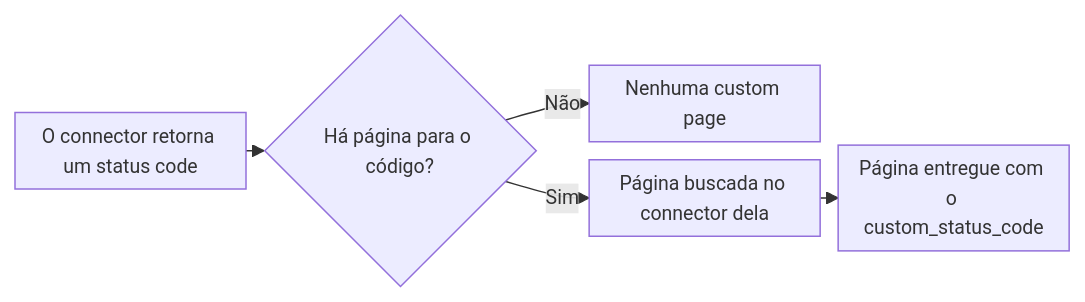
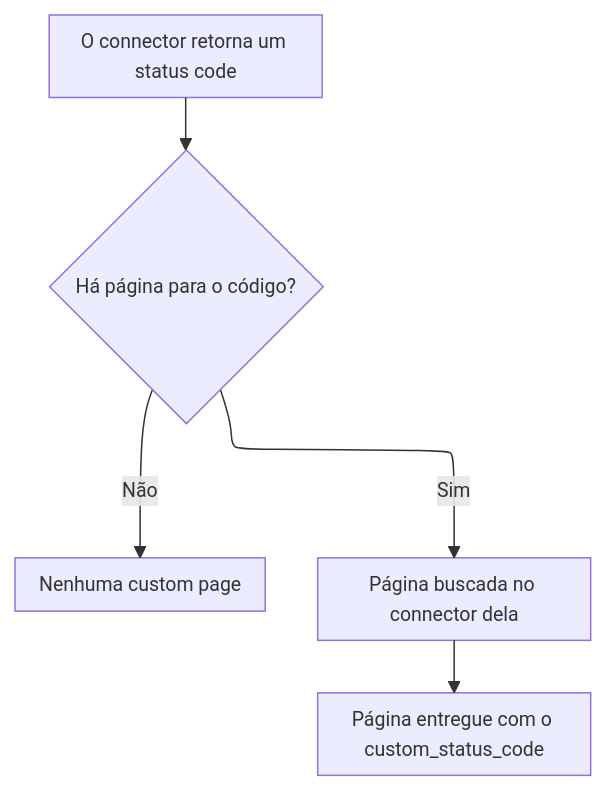
Before and after one commit to aziontech/docs: the third of 4 diagrams in apps/docs/src/content/docs/pt-br/pages/secure/workloads/como-funciona.mdx, drawn with Mermaid. The commit also changed other lines of this file and 179 other files, not shown here.

Commit message:
docs(diagrams): redraw every other diagram in the use-case diagram style (#2513)

````diff
--- a/apps/docs/src/content/docs/pt-br/pages/secure/workloads/como-funciona.mdx
+++ b/apps/docs/src/content/docs/pt-br/pages/secure/workloads/como-funciona.mdx
@@ -167,8 +167,8 @@
 ```mermaid
-%%{init: {"layout": "dagre", "themeVariables": {"fontSize": "13px"}, "flowchart": {"nodeSpacing": 12, "rankSpacing": 12, "padding": 6, "wrappingWidth": 130, "minNodeWidth": 40, "useMaxWidth": true}}}%%
-flowchart LR
+%%{init: {"layout": "elk", "themeVariables": {"fontSize": "13px"}, "flowchart": {"nodeSpacing": 24, "rankSpacing": 36, "padding": 8, "wrappingWidth": 150, "useMaxWidth": true}, "sequence": {"width": 120, "actorMargin": 30, "useMaxWidth": true}}}%%
+flowchart TD
   Status["O connector retorna um status code"] --> Match{"Há página para o código?"}
   Match -->|"Não"| Orig["Nenhuma custom page"]
   Match -->|"Sim"| Fetch["Página buscada no connector dela"]
   Fetch --> Resp["Página entregue com o custom_status_code"]
 ```
````
